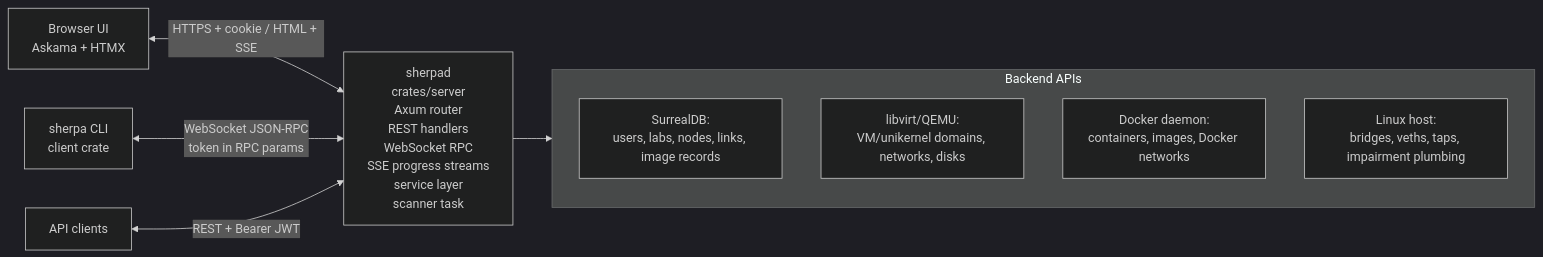
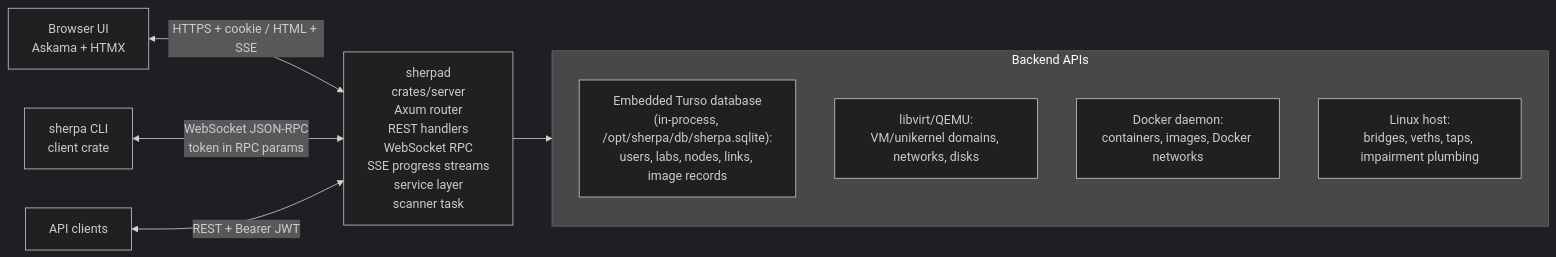
Before and after one commit to bwks/sherpa: the first of 26 diagrams in docs/architecture/SERVER.md, drawn with Mermaid (dark theme). The commit also changed other lines of this file and 145 other files, not shown here.

First line of the commit message:
feat: embed the database in sherpad with Turso

````diff
--- a/docs/architecture/SERVER.md
+++ b/docs/architecture/SERVER.md
@@ -11,17 +11,17 @@
 ```mermaid
 flowchart LR
     browser["Browser UI<br/>Askama + HTMX"]
     cli["sherpa CLI<br/>client crate"]
     apiclients["API clients"]
     sherpad["sherpad<br/>crates/server<br/>Axum router<br/>REST handlers<br/>WebSocket RPC<br/>SSE progress streams<br/>service layer<br/>scanner task"]
     subgraph backends["Backend APIs"]
-        surreal["SurrealDB:<br/>users, labs, nodes, links, image records"]
+        database["Embedded Turso database<br/>(in-process, /opt/sherpa/db/sherpa.sqlite):<br/>users, labs, nodes, links, image records"]
         libvirt["libvirt/QEMU:<br/>VM/unikernel domains, networks, disks"]
         docker["Docker daemon:<br/>containers, images, Docker networks"]
         linuxhost["Linux host:<br/>bridges, veths, taps, impairment plumbing"]
     end
     browser <-->|"HTTPS + cookie / HTML + SSE"| sherpad
     cli <-->|"WebSocket JSON-RPC<br/>token in RPC params"| sherpad
     apiclients <-->|"REST + Bearer JWT"| sherpad
     sherpad --> backends
 ```
````
